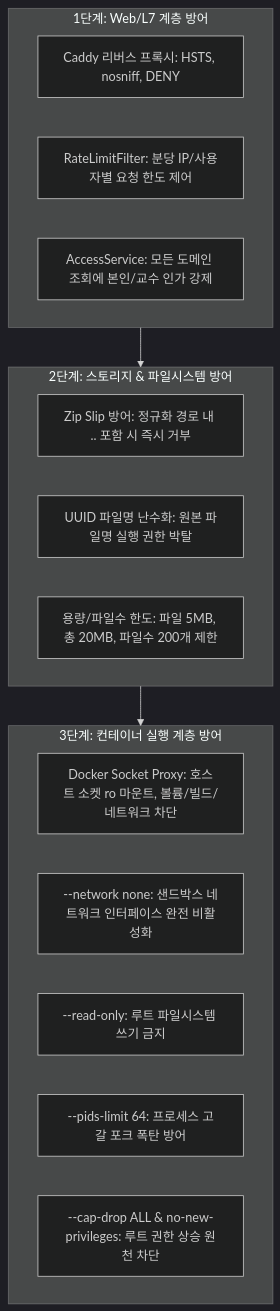
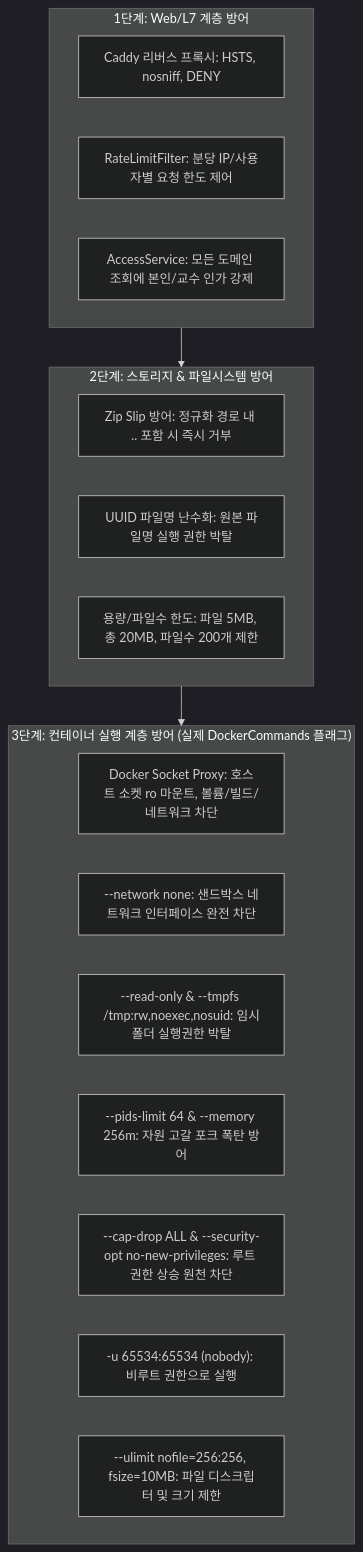
The sixth of 6 diagrams in docs/프로젝트_산출물/04_시스템_아키텍처_구상도.md (ksw1295/submithub), drawn with Mermaid (dark theme) before and after one commit. The commit also changed other lines of this file and 8 other files, not shown here.

Commit message:
docs: 산출물 팩트체크(실제 엔티티 ERD, Docker CLI, Gemini JSON 규격, 라우팅) 최종 반영

````diff
--- a/docs/프로젝트_산출물/04_시스템_아키텍처_구상도.md
+++ b/docs/프로젝트_산출물/04_시스템_아키텍처_구상도.md
@@ -227,24 +228,26 @@
 ```mermaid
 flowchart TD
     subgraph Level1 ["1단계: Web/L7 계층 방어"]
         L1_1["Caddy 리버스 프록시: HSTS, nosniff, DENY"]
         L1_2["RateLimitFilter: 분당 IP/사용자별 요청 한도 제어"]
         L1_3["AccessService: 모든 도메인 조회에 본인/교수 인가 강제"]
     end
 
     subgraph Level2 ["2단계: 스토리지 & 파일시스템 방어"]
         L2_1["Zip Slip 방어: 정규화 경로 내 .. 포함 시 즉시 거부"]
         L2_2["UUID 파일명 난수화: 원본 파일명 실행 권한 박탈"]
         L2_3["용량/파일수 한도: 파일 5MB, 총 20MB, 파일수 200개 제한"]
     end
 
-    subgraph Level3 ["3단계: 컨테이너 실행 계층 방어"]
+    subgraph Level3 ["3단계: 컨테이너 실행 계층 방어 (실제 DockerCommands 플래그)"]
         L3_1["Docker Socket Proxy: 호스트 소켓 ro 마운트, 볼륨/빌드/네트워크 차단"]
-        L3_2["--network none: 샌드박스 네트워크 인터페이스 완전 비활성화"]
-        L3_3["--read-only: 루트 파일시스템 쓰기 금지"]
-        L3_4["--pids-limit 64: 프로세스 고갈 포크 폭탄 방어"]
-        L3_5["--cap-drop ALL & no-new-privileges: 루트 권한 상승 원천 차단"]
+        L3_2["--network none: 샌드박스 네트워크 인터페이스 완전 차단"]
+        L3_3["--read-only & --tmpfs /tmp:rw,noexec,nosuid: 임시폴더 실행권한 박탈"]
+        L3_4["--pids-limit 64 & --memory 256m: 자원 고갈 포크 폭탄 방어"]
+        L3_5["--cap-drop ALL & --security-opt no-new-privileges: 루트 권한 상승 원천 차단"]
+        L3_6["-u 65534:65534 (nobody): 비루트 권한으로 실행"]
+        L3_7["--ulimit nofile=256:256, fsize=10MB: 파일 디스크립터 및 크기 제한"]
     end
 
     Level1 --> Level2 --> Level3
 ```
````
